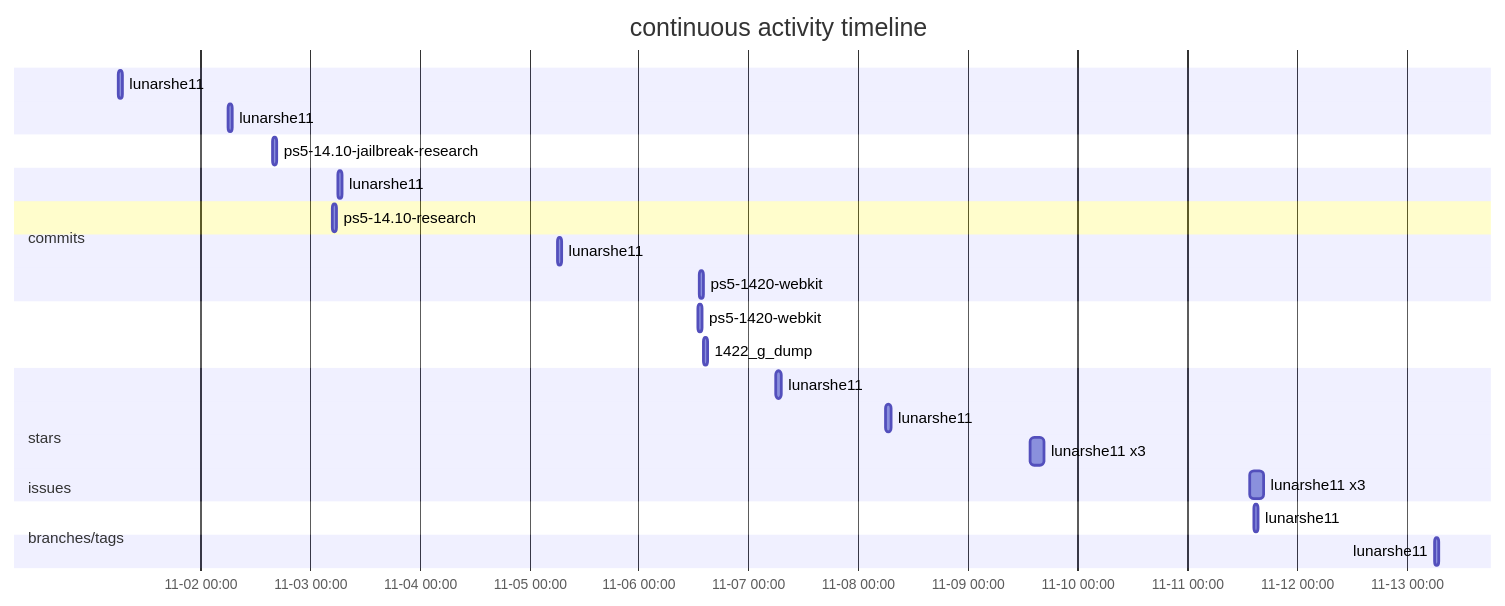
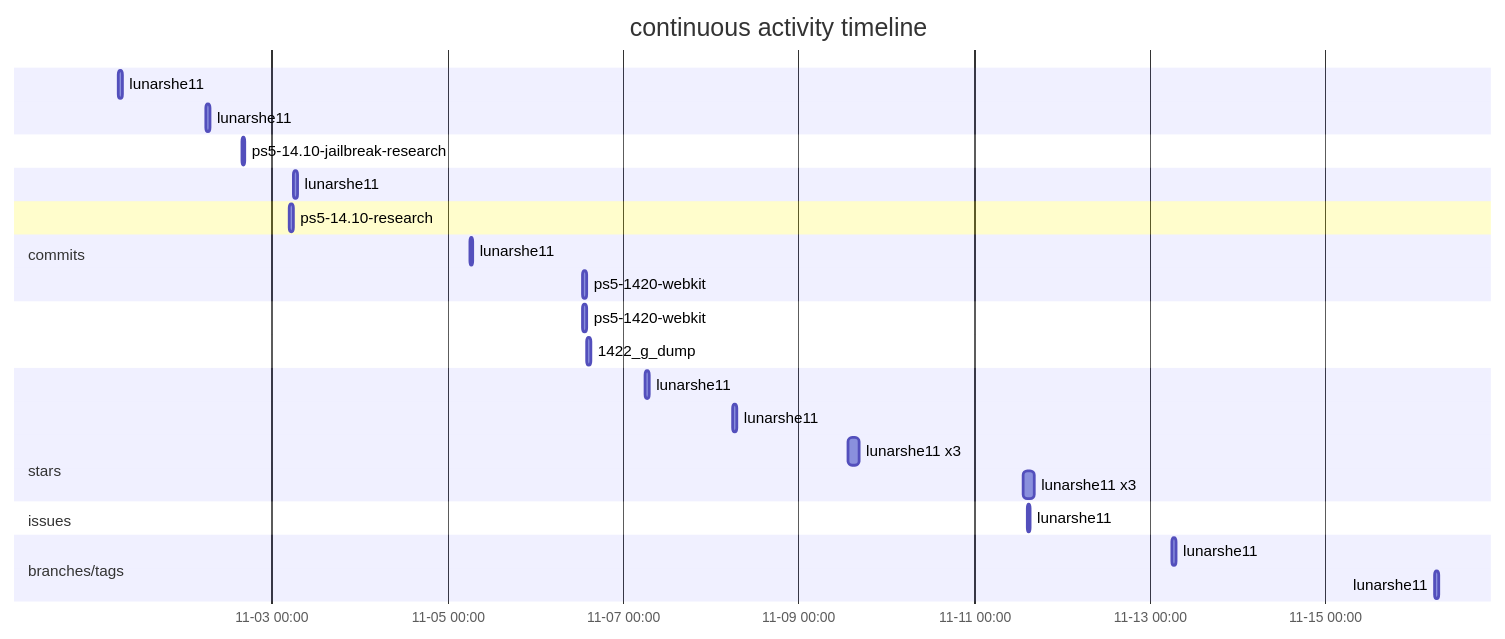
The first of 3 diagrams in README.md (lunarshe11/lunarshe11), drawn with Mermaid before and after one commit. The commit also changed other lines of this file, not shown here.

````diff
--- a/README.md
+++ b/README.md
@@ -13,30 +13,31 @@
 ```mermaid
 gantt
     title continuous activity timeline
     dateFormat  YYYY-MM-DD HH:mm
     axisFormat  %m-%d %H:%M
     section commits
         lunarshe11 :2026-11-01 06:05, 1h
         lunarshe11 :2026-11-02 06:05, 1h
     section stars
         ps5-14.10-jailbreak-research :2026-11-02 15:49, 1h
     section commits
         lunarshe11 :2026-11-03 06:05, 1h
     section issues
         ps5-14.10-research :2026-11-03 04:55, 1h
     section commits
         lunarshe11 :2026-11-05 06:05, 1h
         ps5-1420-webkit :2026-11-06 13:07, 1h
     section branches/tags
         ps5-1420-webkit :2026-11-06 12:59, 1h
         1422_g_dump :2026-11-06 14:11, 1h
     section commits
         lunarshe11 :2026-11-07 06:05, 1h
         lunarshe11 :2026-11-08 06:05, 1h
         lunarshe11 x3 :2026-11-09 13:33, 3h
         lunarshe11 x3 :2026-11-11 13:37, 3h
     section stars
         lunarshe11 :2026-11-11 14:30, 1h
     section commits
         lunarshe11 :2026-11-13 06:05, 1h
+        lunarshe11 :2026-11-16 06:05, 1h
 ```
````
